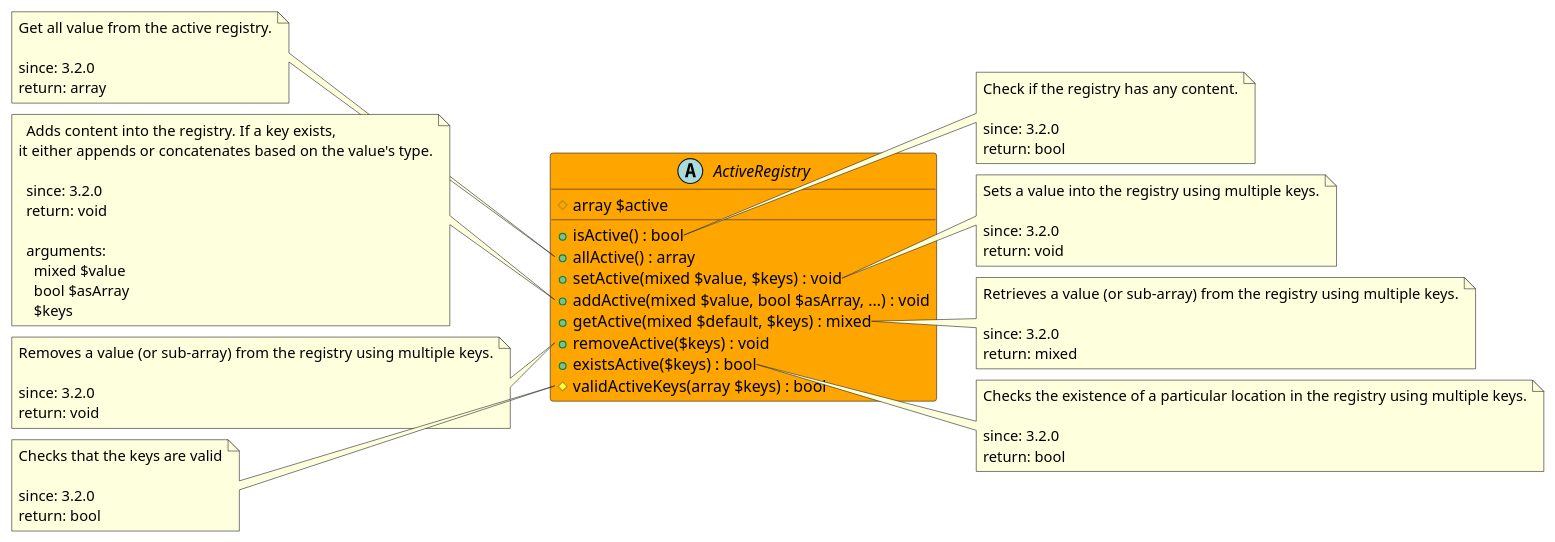
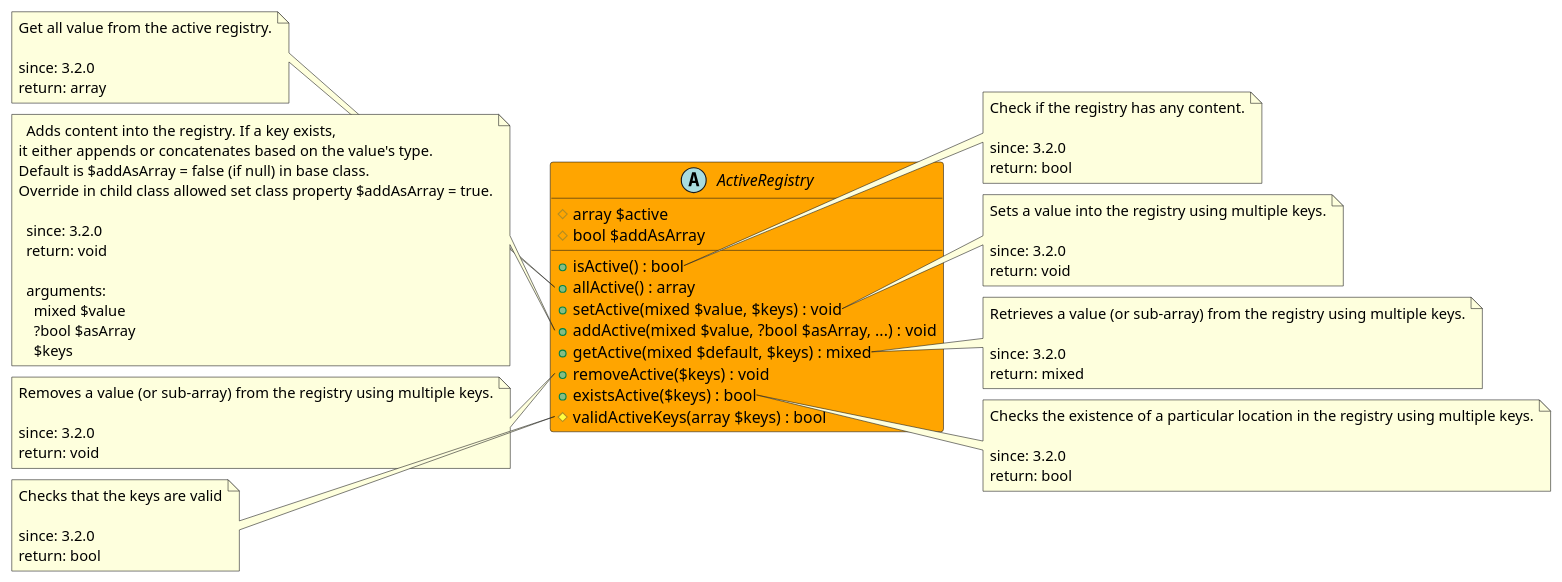
Before and after one commit to joomengine/super-powers: the diagram in src/43134867-5cb8-4280-9be8-309fd2fd135f/README.md, drawn with PlantUML. The commit also changed 39 other files, not shown here.

````diff
--- a/src/43134867-5cb8-4280-9be8-309fd2fd135f/README.md
+++ b/src/43134867-5cb8-4280-9be8-309fd2fd135f/README.md
@@ -11,78 +11,81 @@
 ```uml
 @startuml
 abstract ActiveRegistry  #Orange {
   # array $active
+  # bool $addAsArray
   + isActive() : bool
   + allActive() : array
   + setActive(mixed $value, $keys) : void
-  + addActive(mixed $value, bool $asArray, ...) : void
+  + addActive(mixed $value, ?bool $asArray, ...) : void
   + getActive(mixed $default, $keys) : mixed
   + removeActive($keys) : void
   + existsActive($keys) : bool
   # validActiveKeys(array $keys) : bool
 }
 
 note right of ActiveRegistry::isActive
   Check if the registry has any content.
 
   since: 3.2.0
   return: bool
 end note
 
 note left of ActiveRegistry::allActive
   Get all value from the active registry.
 
   since: 3.2.0
   return: array
 end note
 
 note right of ActiveRegistry::setActive
   Sets a value into the registry using multiple keys.
 
   since: 3.2.0
   return: void
 end note
 
 note left of ActiveRegistry::addActive
   Adds content into the registry. If a key exists,
 it either appends or concatenates based on the value's type.
+Default is $addAsArray = false (if null) in base class.
+Override in child class allowed set class property $addAsArray = true.
 
   since: 3.2.0
   return: void
   
   arguments:
     mixed $value
-    bool $asArray
+    ?bool $asArray
     $keys
 end note
 
 note right of ActiveRegistry::getActive
   Retrieves a value (or sub-array) from the registry using multiple keys.
 
   since: 3.2.0
   return: mixed
 end note
 
 note left of ActiveRegistry::removeActive
   Removes a value (or sub-array) from the registry using multiple keys.
 
   since: 3.2.0
   return: void
 end note
 
 note right of ActiveRegistry::existsActive
   Checks the existence of a particular location in the registry using multiple keys.
 
   since: 3.2.0
   return: bool
 end note
 
 note left of ActiveRegistry::validActiveKeys
   Checks that the keys are valid
 
   since: 3.2.0
   return: bool
 end note
  
 @enduml
 ```
````
